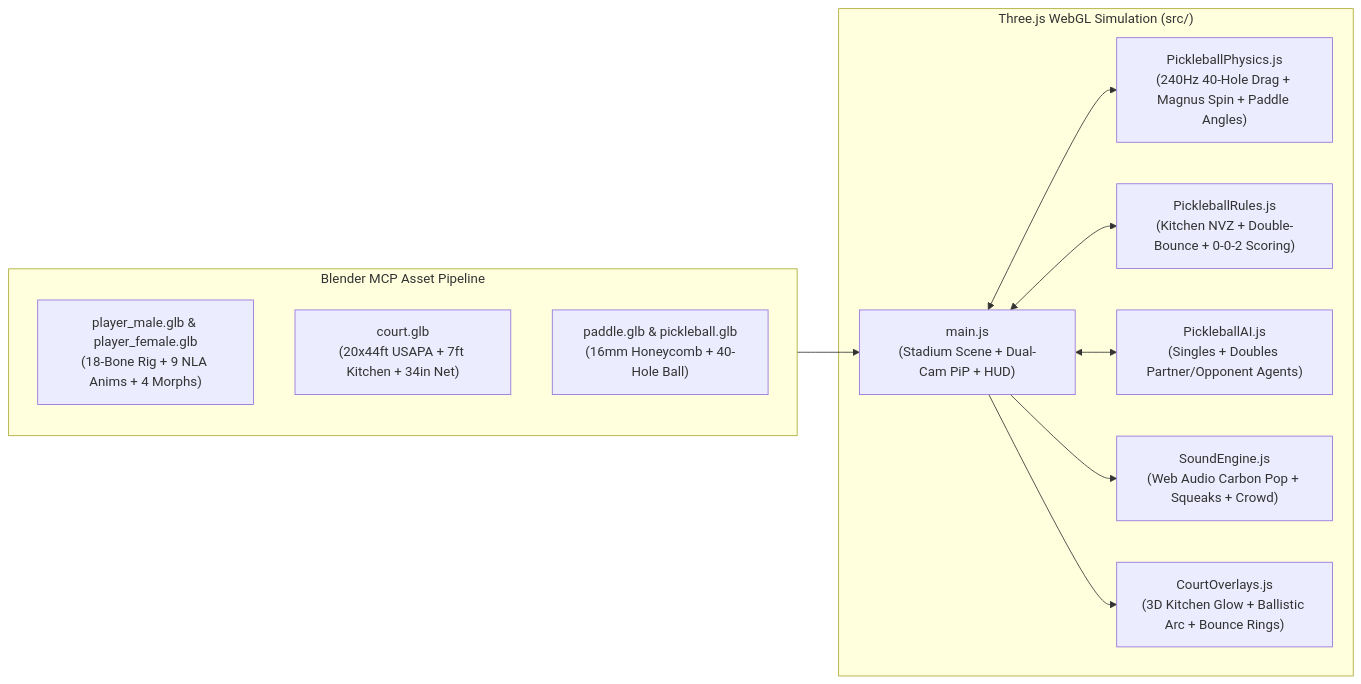
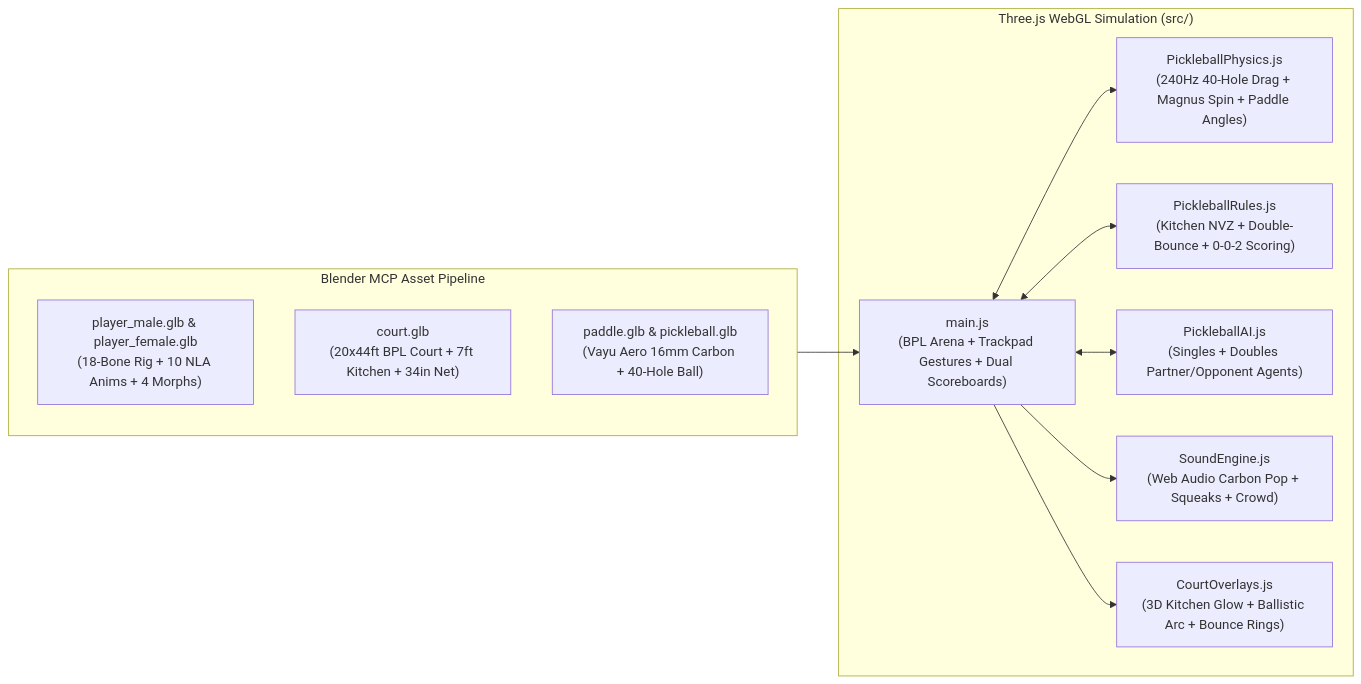
Before and after one commit to cmanikandan/pickleball: the diagram in README.md, drawn with Mermaid. The commit also changed other lines of this file and 9 other files, not shown here.

Commit message:
feat: add Bharat Pickleball League (BPL 2025) Indian branding, prominent dual live scoreboards, and laptop trackpad/beginner controls

````diff
--- a/README.md
+++ b/README.md
@@ -62,24 +57,24 @@
 ```mermaid
 flowchart LR
   subgraph BlenderMCP["Blender MCP Asset Pipeline"]
-    A1["player_male.glb & player_female.glb\n(18-Bone Rig + 9 NLA Anims + 4 Morphs)"]
-    A2["court.glb\n(20x44ft USAPA + 7ft Kitchen + 34in Net)"]
-    A3["paddle.glb & pickleball.glb\n(16mm Honeycomb + 40-Hole Ball)"]
+    A1["player_male.glb & player_female.glb\n(18-Bone Rig + 10 NLA Anims + 4 Morphs)"]
+    A2["court.glb\n(20x44ft BPL Court + 7ft Kitchen + 34in Net)"]
+    A3["paddle.glb & pickleball.glb\n(Vayu Aero 16mm Carbon + 40-Hole Ball)"]
   end
 
   subgraph Engine["Three.js WebGL Simulation (src/)"]
-    M["main.js\n(Stadium Scene + Dual-Cam PiP + HUD)"]
+    M["main.js\n(BPL Arena + Trackpad Gestures + Dual Scoreboards)"]
     P["PickleballPhysics.js\n(240Hz 40-Hole Drag + Magnus Spin + Paddle Angles)"]
     R["PickleballRules.js\n(Kitchen NVZ + Double-Bounce + 0-0-2 Scoring)"]
     AI["PickleballAI.js\n(Singles + Doubles Partner/Opponent Agents)"]
     S["SoundEngine.js\n(Web Audio Carbon Pop + Squeaks + Crowd)"]
     O["CourtOverlays.js\n(3D Kitchen Glow + Ballistic Arc + Bounce Rings)"]
   end
 
   BlenderMCP --> M
   M <--> P
   M <--> R
   M <--> AI
   M --> S
   M --> O
 ```
````
